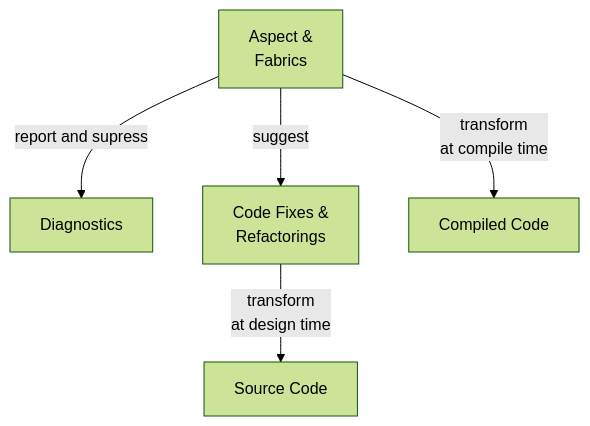
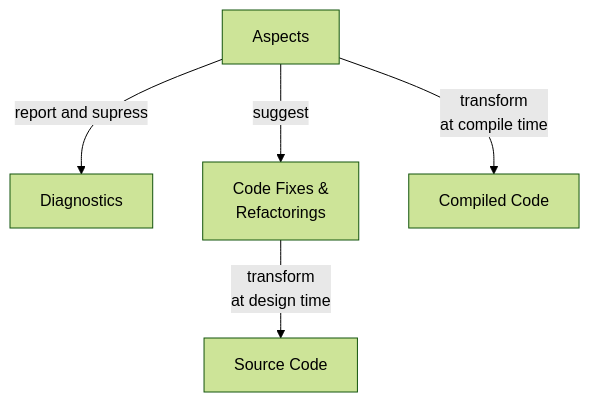
The diagram in conceptual/index.md (postsharp/Metalama.Documentation), drawn with Mermaid (forest theme) before and after one commit. The commit also changed other lines of this file and 87 other files, not shown here.

````diff
--- a/conceptual/index.md
+++ b/conceptual/index.md
@@ -16,9 +16,9 @@
 ```mermaid
 graph TD
 
-Aspects[Aspect &<br>Fabrics] -- report and supress --> Diagnostics
+Aspects -- report and supress --> Diagnostics
 Aspects -- suggest --> CodeFixes[Code Fixes &<br>Refactorings]
-CodeFixes -- transform<br>at design time --> SourceCode[Source Code] 
+CodeFixes -- transform<br>at design time --> SourceCode[Source Code]
 Aspects -- transform<br>at compile time --> TransformedCode[Compiled Code]
 
 ```
````
